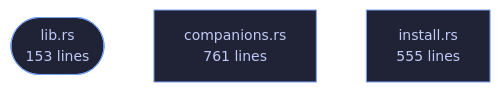
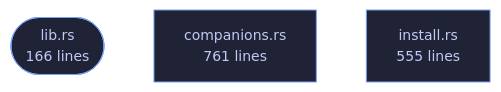
The diagram in wiki/Crate-veilvoice-setup.md (tilas01/veilvoice), drawn with Mermaid before and after one commit. The commit also changed other lines of this file and 182 other files, not shown here.

````diff
--- a/wiki/Crate-veilvoice-setup.md
+++ b/wiki/Crate-veilvoice-setup.md
@@ -76,10 +90,10 @@
 ```mermaid
 %%{init: {"theme":"base","themeVariables":{"background":"#1a1b26","primaryColor":"#1f2335","primaryTextColor":"#c0caf5","primaryBorderColor":"#7aa2f7","secondaryColor":"#16161e","tertiaryColor":"#16161e","lineColor":"#737aa2","textColor":"#c0caf5","mainBkg":"#1f2335","nodeBorder":"#7aa2f7","clusterBkg":"#16161e","clusterBorder":"#2f3549","fontFamily":"ui-monospace, SFMono-Regular, Consolas, monospace","fontSize":"14px"}}}%%
 flowchart TD
-    n_lib(["lib.rs<br/>153 lines"])
+    n_lib(["lib.rs<br/>166 lines"])
     n_companions["companions.rs<br/>761 lines"]
     n_install["install.rs<br/>555 lines"]
     click n_lib href "https://github.com/tilas01/veilvoice/blob/main/crates/veilvoice-setup/src/lib.rs" "open the source"
     click n_companions href "https://github.com/tilas01/veilvoice/blob/main/crates/veilvoice-setup/src/companions.rs" "open the source"
     click n_install href "https://github.com/tilas01/veilvoice/blob/main/crates/veilvoice-setup/src/install.rs" "open the source"
 ```
````
